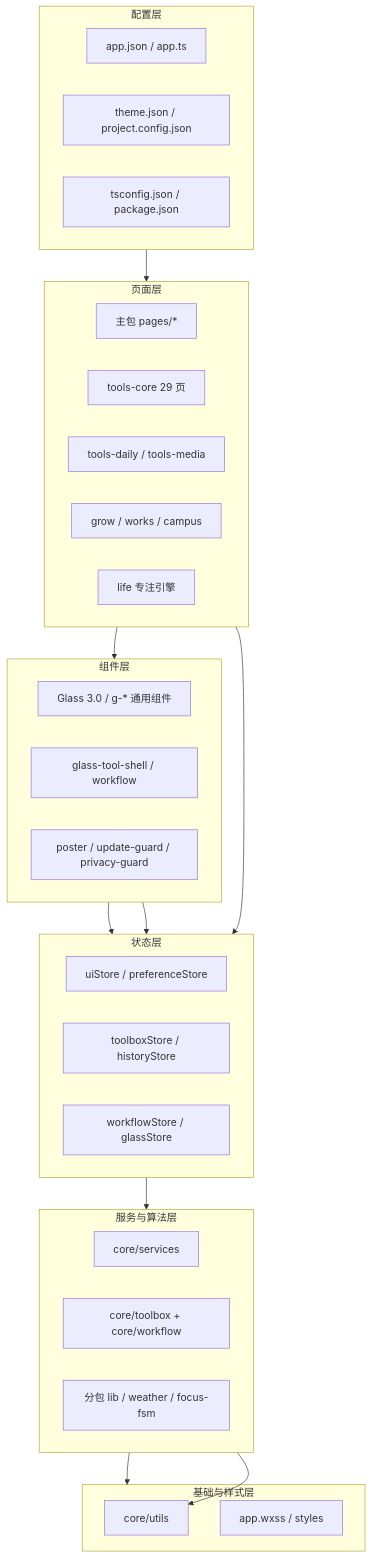
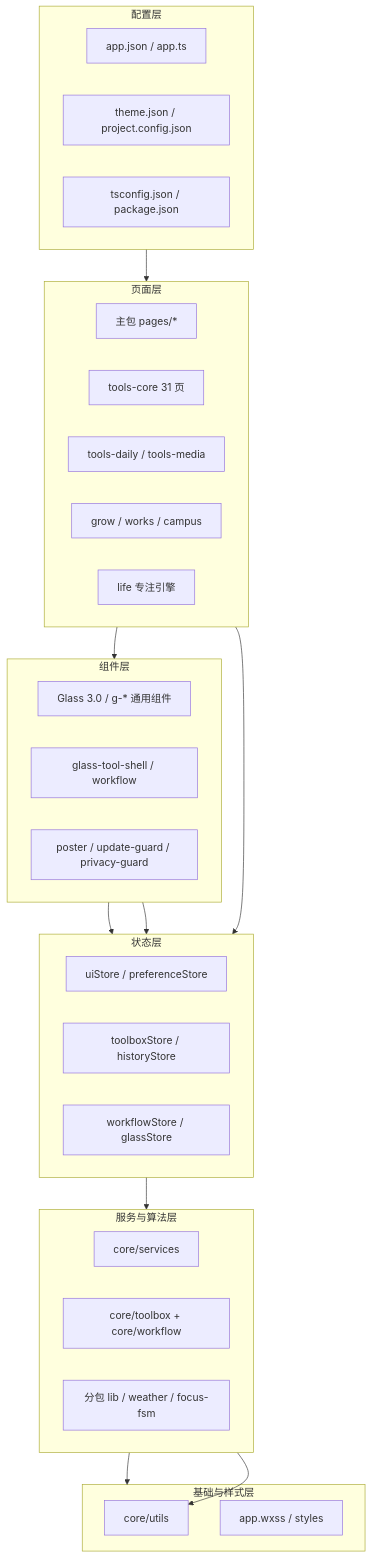
One commit to kkkh/super-happy changed the first of 16 diagrams in CODE_WIKI.md. Above: the diagram before and after it, drawn with Mermaid. The commit also changed other lines of this file and 40 other files, not shown here.

First line of the commit message:
feat: 补齐收藏管理与批量图片压缩

````diff
--- a/CODE_WIKI.md
+++ b/CODE_WIKI.md
@@ -87,42 +87,42 @@
 ```mermaid
 flowchart TB
   subgraph L1[配置层]
     A1["app.json / app.ts"]
     A2["theme.json / project.config.json"]
     A3["tsconfig.json / package.json"]
   end
   subgraph L2[页面层]
     P1["主包 pages/*"]
-    P2["tools-core 29 页"]
+    P2["tools-core 31 页"]
     P3["tools-daily / tools-media"]
     P4["grow / works / campus"]
     P5["life 专注引擎"]
   end
   subgraph L3[组件层]
     C1["Glass 3.0 / g-* 通用组件"]
     C2["glass-tool-shell / workflow"]
     C3["poster / update-guard / privacy-guard"]
   end
   subgraph L4[状态层]
     S1["uiStore / preferenceStore"]
     S2["toolboxStore / historyStore"]
     S3["workflowStore / glassStore"]
   end
   subgraph L5[服务与算法层]
     V1["core/services"]
     V2["core/toolbox + core/workflow"]
     V3["分包 lib / weather / focus-fsm"]
   end
   subgraph L6[基础与样式层]
     B1["core/utils"]
     B2["app.wxss / styles"]
   end
   L1 --> L2
   L2 --> L3
   L3 --> L4
   L4 --> L5
   L5 --> L6
   L2 --> L4
   L3 --> L4
   L5 --> B1
 ```
````
